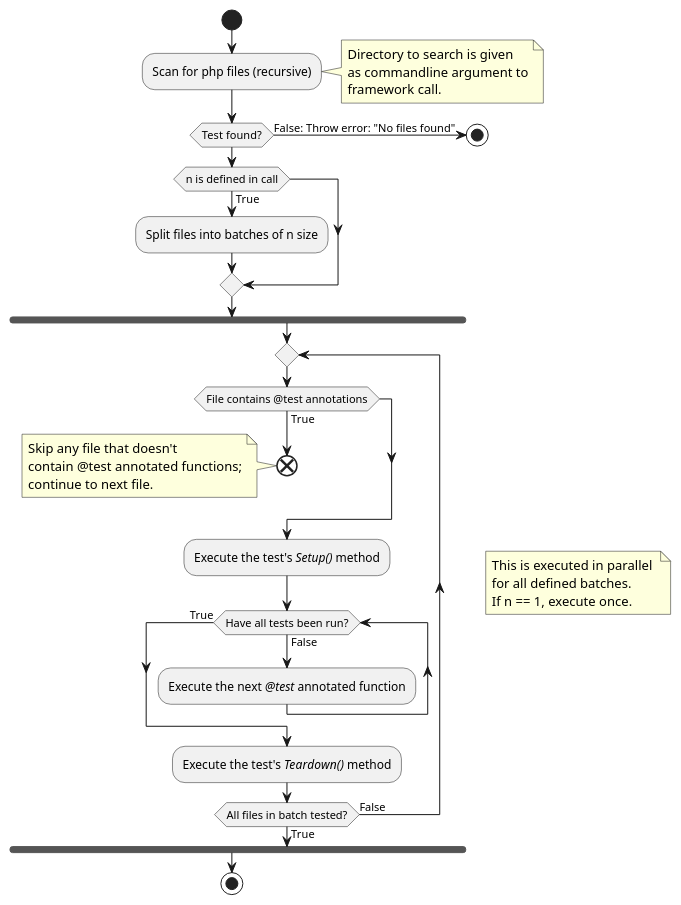
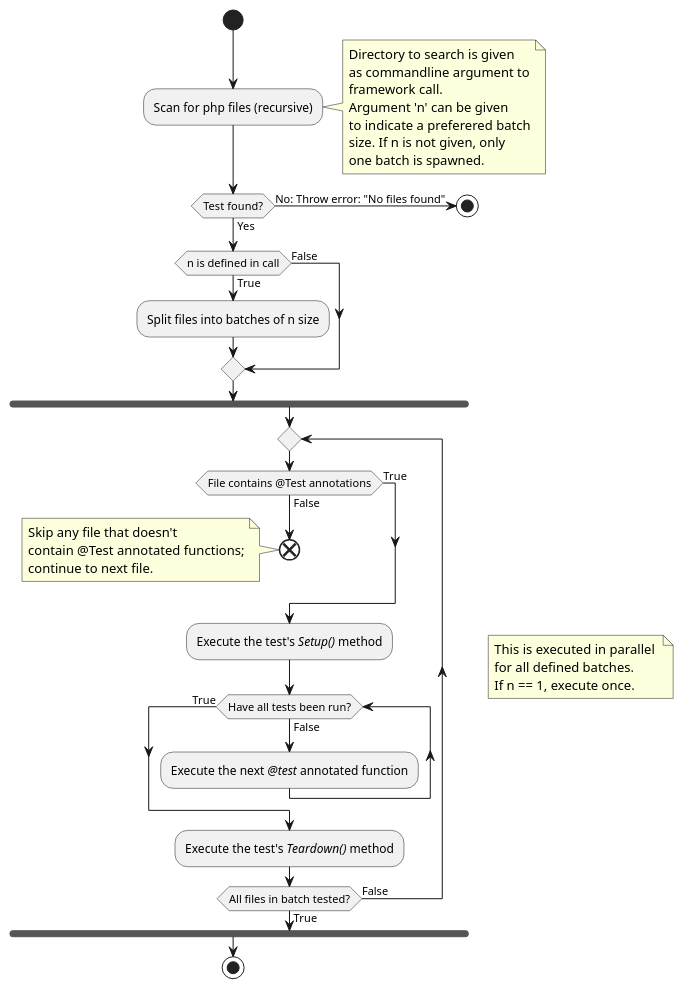
One commit to dannypas00/bouw7-uml changed the diagram in Process/ExecuteTestsActivity.plantuml. Above: the diagram before and after it, drawn with PlantUML. The commit also changed 8 other files, not shown here.

Commit message:
Updated and fixed some diagrams

```diff
--- a/Process/ExecuteTestsActivity.plantuml
+++ b/Process/ExecuteTestsActivity.plantuml
@@ -1,45 +1,52 @@
 @startuml Execute functional tests activity diagram
 start
 
 :Scan for php files (recursive);
 
 note right
     Directory to search is given
     as commandline argument to
     framework call.
+    Argument 'n' can be given
+    to indicate a preferered batch
+    size. If n is not given, only
+    one batch is spawned.
 end note
 
-if (Test found?) then (False: Throw error: "No files found")
+if (Test found?) then (No: Throw error: "No files found")
     stop
+else (Yes)
 endif
 
 if (n is defined in call) then (True)
     :Split files into batches of n size;
+else (False)
 endif
 
 fork
     repeat
-        if (File contains @test annotations) then (True)
+        if (File contains @Test annotations) then (False)
             end
             note left
                 Skip any file that doesn't
-                contain @test annotated functions;
+                contain @Test annotated functions;
                 continue to next file.
             end note
+        else (True)
         endif
         :Execute the test's <i>Setup()</i> method;
         while (Have all tests been run?) is (False)
             :Execute the next <i>@test</i> annotated function;
         endwhile (True) 
         :Execute the test's <i>Teardown()</i> method;
     repeat while (All files in batch tested?) is (False) not (True)
 end fork
 
 note right
     This is executed in parallel 
     for all defined batches. 
     If n == 1, execute once.
 end note
 
 stop
 @enduml
```
